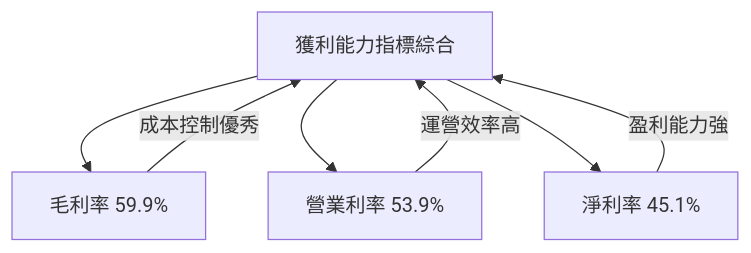
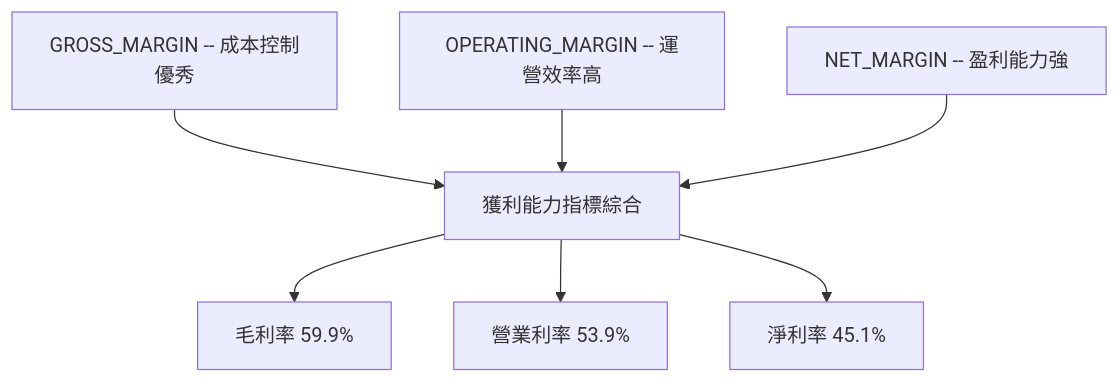
One commit to yennanliu/finance_data changed the tenth of 14 diagrams in ai_gen_report/stock/tsm/fundamental_analysis_2026-04-07_openai.md. Above: the diagram before and after it, drawn with Mermaid. The commit also changed other lines of this file and 2258 other files, not shown here.

First line of the commit message:
chore: backfill Mermaid syntax repair across existing reports

````diff
--- a/ai_gen_report/stock/tsm/fundamental_analysis_2026-04-07_openai.md
+++ b/ai_gen_report/stock/tsm/fundamental_analysis_2026-04-07_openai.md
@@ -441,16 +441,16 @@
 ```mermaid
 graph TD
     PROFITABILITY["獲利能力指標綜合"]
 
     GROSS_MARGIN["毛利率 59.9%"]
     OPERATING_MARGIN["營業利率 53.9%"]
     NET_MARGIN["淨利率 45.1%"]
 
     PROFITABILITY --> GROSS_MARGIN
     PROFITABILITY --> OPERATING_MARGIN
     PROFITABILITY --> NET_MARGIN
 
-    GROSS_MARGIN -- 成本控制優秀 --> PROFITABILITY
-    OPERATING_MARGIN -- 運營效率高 --> PROFITABILITY
-    NET_MARGIN -- 盈利能力強 --> PROFITABILITY
+    nb1["GROSS_MARGIN -- 成本控制優秀"] --> PROFITABILITY
+    nb2["OPERATING_MARGIN -- 運營效率高"] --> PROFITABILITY
+    nb3["NET_MARGIN -- 盈利能力強"] --> PROFITABILITY
 ```
````
